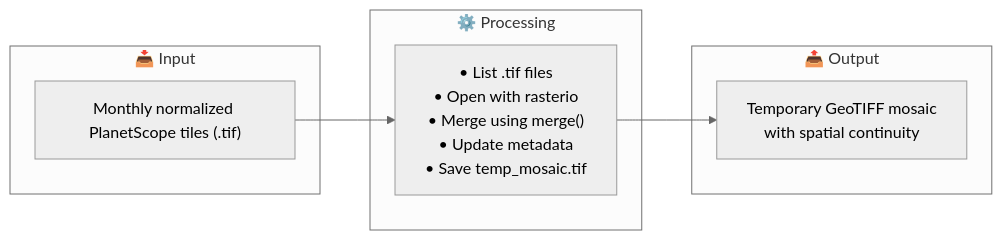
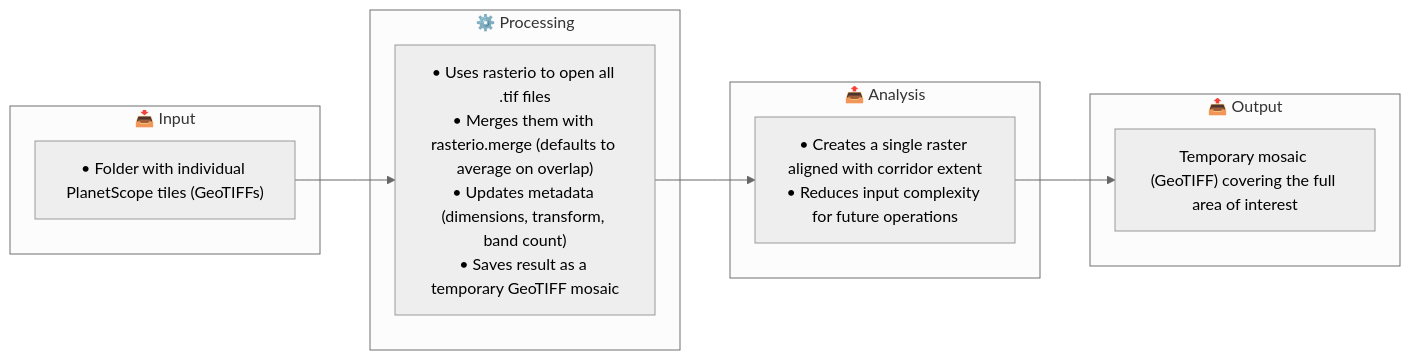
The first of 2 diagrams in RegenerativeTourism/README.md (WennOlarteE/portfolio), drawn with Mermaid (neutral theme) before and after one commit. The commit also changed other lines of this file, not shown here.

````diff
--- a/RegenerativeTourism/README.md
+++ b/RegenerativeTourism/README.md
@@ -47,17 +60,20 @@
 ```mermaid
-
 flowchart LR
     subgraph A[📥 Input]
-        A1["Monthly normalized PlanetScope tiles (.tif)"]
+        A1["• Folder with individual PlanetScope tiles (GeoTIFFs)"]
     end
 
     subgraph B[⚙️ Processing]
-        B1["• List .tif files<br>• Open with rasterio<br>• Merge using merge()<br>• Update metadata<br>• Save temp_mosaic.tif<br>"]
+        B1["• Uses rasterio to open all .tif files<br>• Merges them with rasterio.merge (defaults to average on overlap)<br>• Updates metadata (dimensions, transform, band count)<br>• Saves result as a temporary GeoTIFF mosaic"]
     end
 
-    subgraph C[📤 Output]
-        C1["Temporary GeoTIFF mosaic<br>with spatial continuity"]
+    subgraph C[📤 Analysis]
+        C1["• Creates a single raster aligned with corridor extent<br>• Reduces input complexity for future operations"]
     end
 
-    A1 --> B1 --> C1
+    subgraph D[📤 Output]
+        D1["Temporary mosaic (GeoTIFF) covering the full area of interest"]
+    end
+
+    A1 --> B1 --> C1 --> D1
 ```
````
